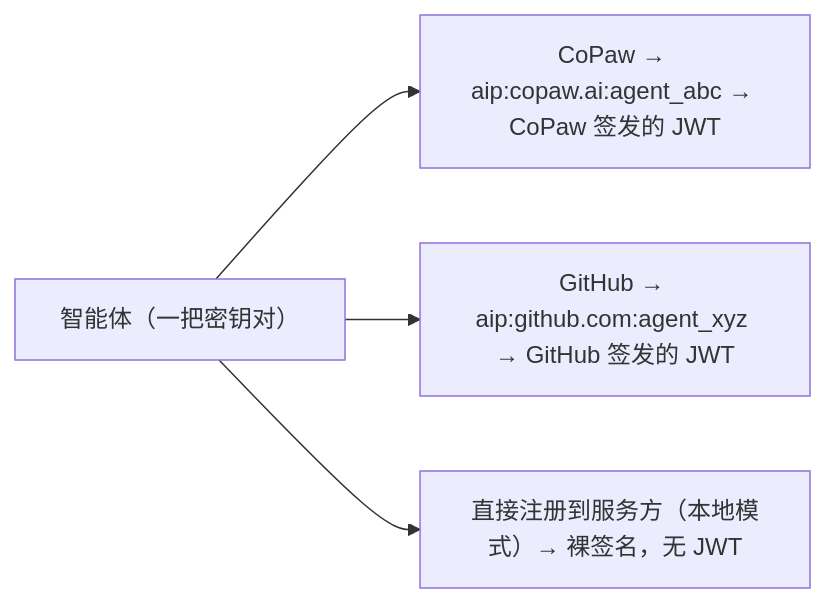
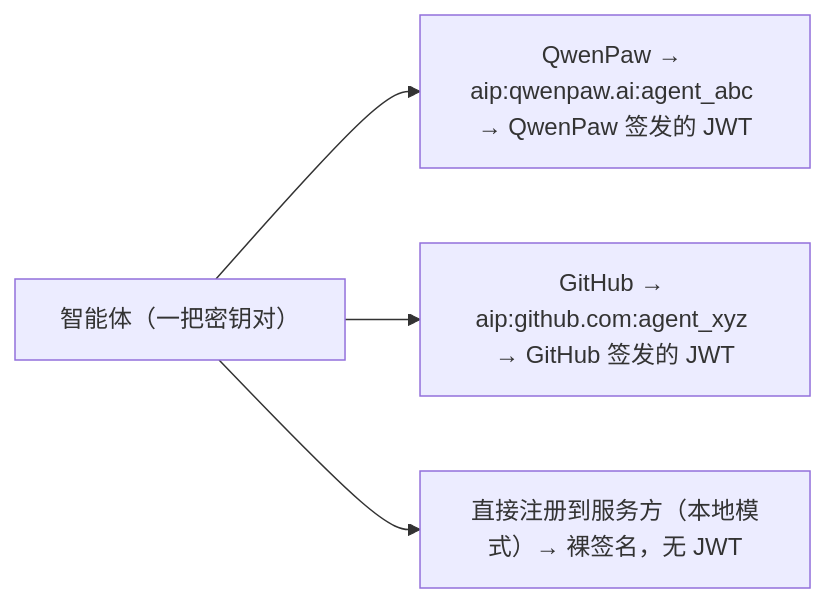
Before and after one commit to agentscope-ai/agent-identity: the seventh of 14 diagrams in design/2026-03-25-agent-identity-protocol.zh.md, drawn with Mermaid. The commit also changed other lines of this file and 10 other files, not shown here.

Commit message:
update copaw referecne to qwenpaw

````diff
--- a/design/2026-03-25-agent-identity-protocol.zh.md
+++ b/design/2026-03-25-agent-identity-protocol.zh.md
@@ -414,6 +414,6 @@
 ```mermaid
 graph LR
-    A["智能体（一把密钥对）"] --> C["CoPaw → aip:copaw.ai:agent_abc → CoPaw 签发的 JWT"]
+    A["智能体（一把密钥对）"] --> C["QwenPaw → aip:qwenpaw.ai:agent_abc → QwenPaw 签发的 JWT"]
     A --> G["GitHub → aip:github.com:agent_xyz → GitHub 签发的 JWT"]
     A --> L["直接注册到服务方（本地模式）→ 裸签名，无 JWT"]
 ```
````
